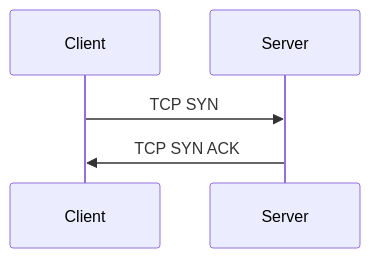
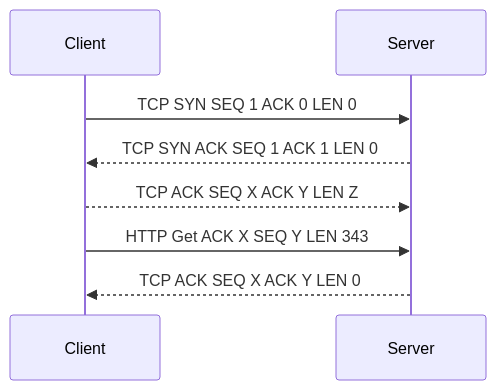
One commit to illinoistech-itm/jhajek changed the diagram in itmo-340-540/week-07/sample-diagram.md. Above: the diagram before and after it, drawn with Mermaid. The commit also changed 1 other file, not shown here.

Commit message:
updated diagrams

````diff
--- a/itmo-340-540/week-07/sample-diagram.md
+++ b/itmo-340-540/week-07/sample-diagram.md
@@ -5,7 +5,10 @@
 ```mermaid
 sequenceDiagram
     participant Client
     participant Server
-    Client->>Server: TCP SYN
-    Server->>Client: TCP SYN ACK
+    Client->>Server: TCP SYN SEQ 1 ACK 0 LEN 0
+    Server-->>Client: TCP SYN ACK SEQ 1 ACK 1 LEN 0
+    Client-->>Server: TCP ACK SEQ X ACK Y LEN Z
+    Client->>Server: HTTP Get ACK X SEQ Y LEN 343
+    Server-->>Client: TCP ACK SEQ X ACK Y LEN 0
 ```
````
